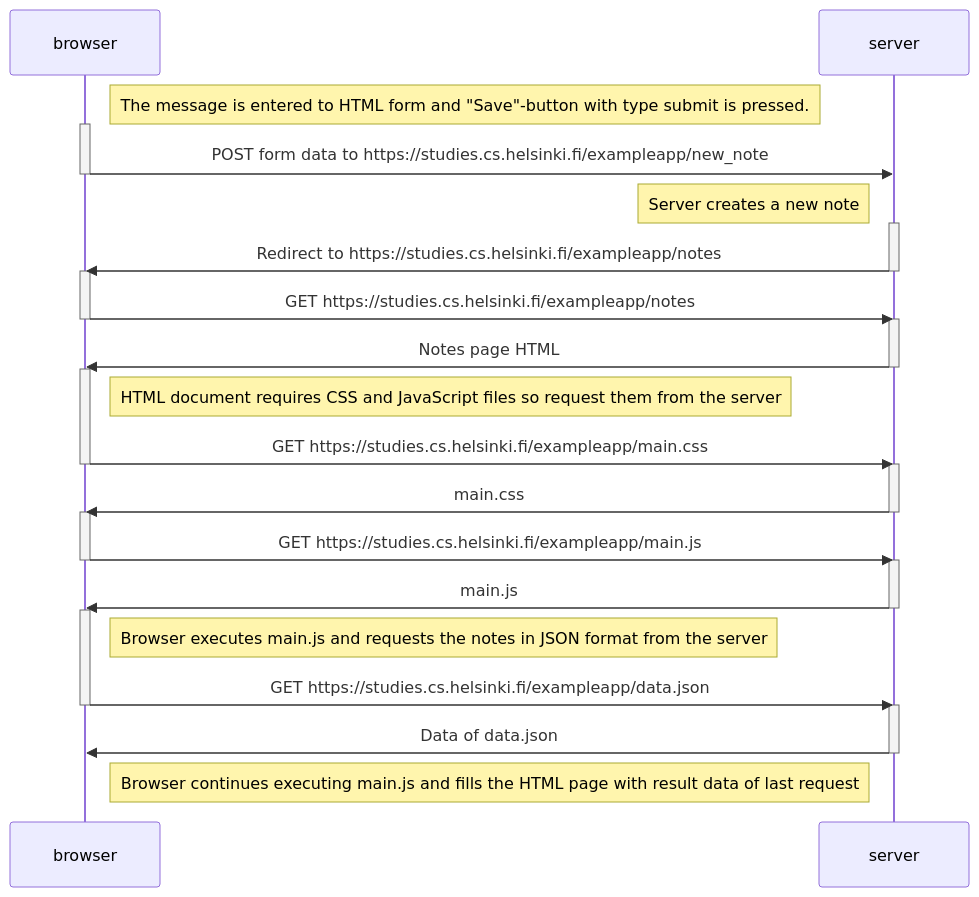
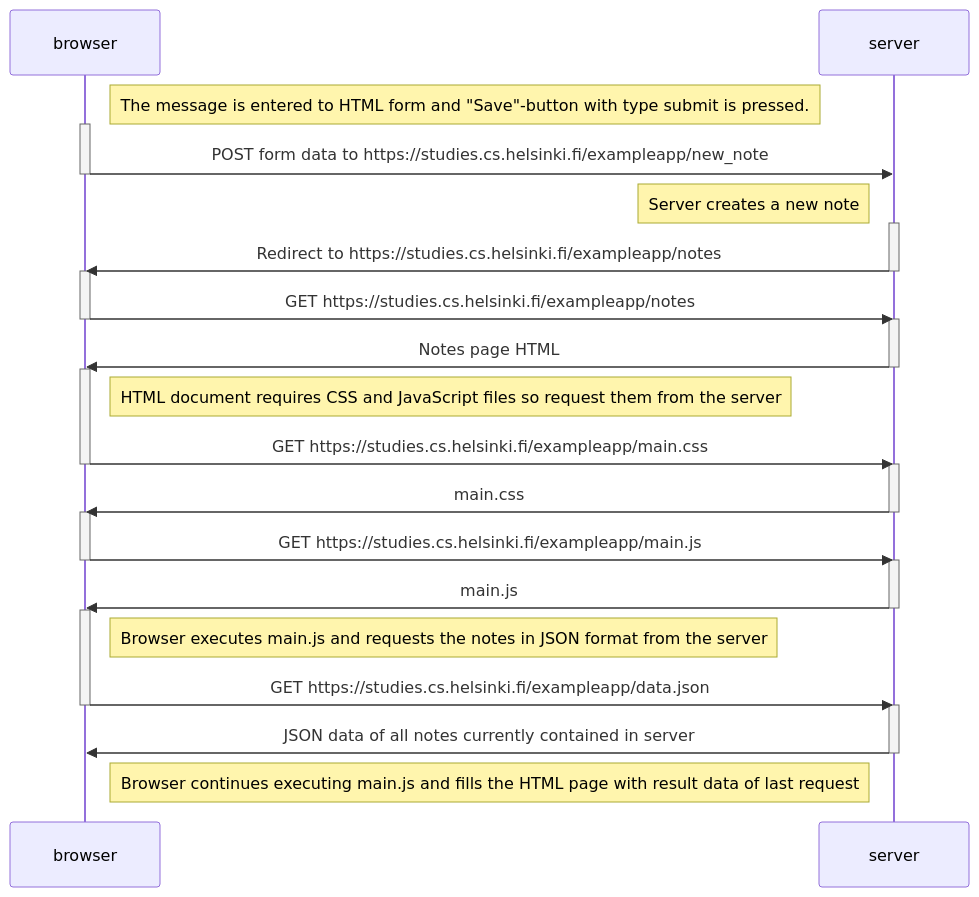
Before and after one commit to ekelhala/fullstackopen: the diagram in part0/README.md, drawn with Mermaid. The commit also changed other lines of this file, not shown here.

````diff
--- a/part0/README.md
+++ b/part0/README.md
@@ -3,42 +3,42 @@
 ```mermaid
 sequenceDiagram
     participant browser
     participant server
 
     Note right of browser: The message is entered to HTML form and "Save"-button with type submit is pressed.
     activate browser
     browser->>server: POST form data to https://studies.cs.helsinki.fi/exampleapp/new_note
     deactivate browser
     Note left of server: Server creates a new note
     activate server
     server->>browser: Redirect to https://studies.cs.helsinki.fi/exampleapp/notes
     deactivate server
     activate browser
     browser->>server: GET https://studies.cs.helsinki.fi/exampleapp/notes
     deactivate browser
     activate server
     server->>browser: Notes page HTML
     deactivate server
     activate browser
     Note right of browser: HTML document requires CSS and JavaScript files so request them from the server
     browser->>server: GET https://studies.cs.helsinki.fi/exampleapp/main.css
     deactivate browser
     activate server
     server->>browser: main.css
     deactivate server
     activate browser
     browser->>server: GET https://studies.cs.helsinki.fi/exampleapp/main.js
     deactivate browser
     activate server
     server->>browser: main.js
     deactivate server
     activate browser
     Note right of browser: Browser executes main.js and requests the notes in JSON format from the server
     browser->>server: GET https://studies.cs.helsinki.fi/exampleapp/data.json
     deactivate browser
     activate server
-    server->>browser: Data of data.json
+    server->>browser: JSON data of all notes currently contained in server
     deactivate server
     activate browser
     Note right of browser: Browser continues executing main.js and fills the HTML page with result data of last request
 ```
````
